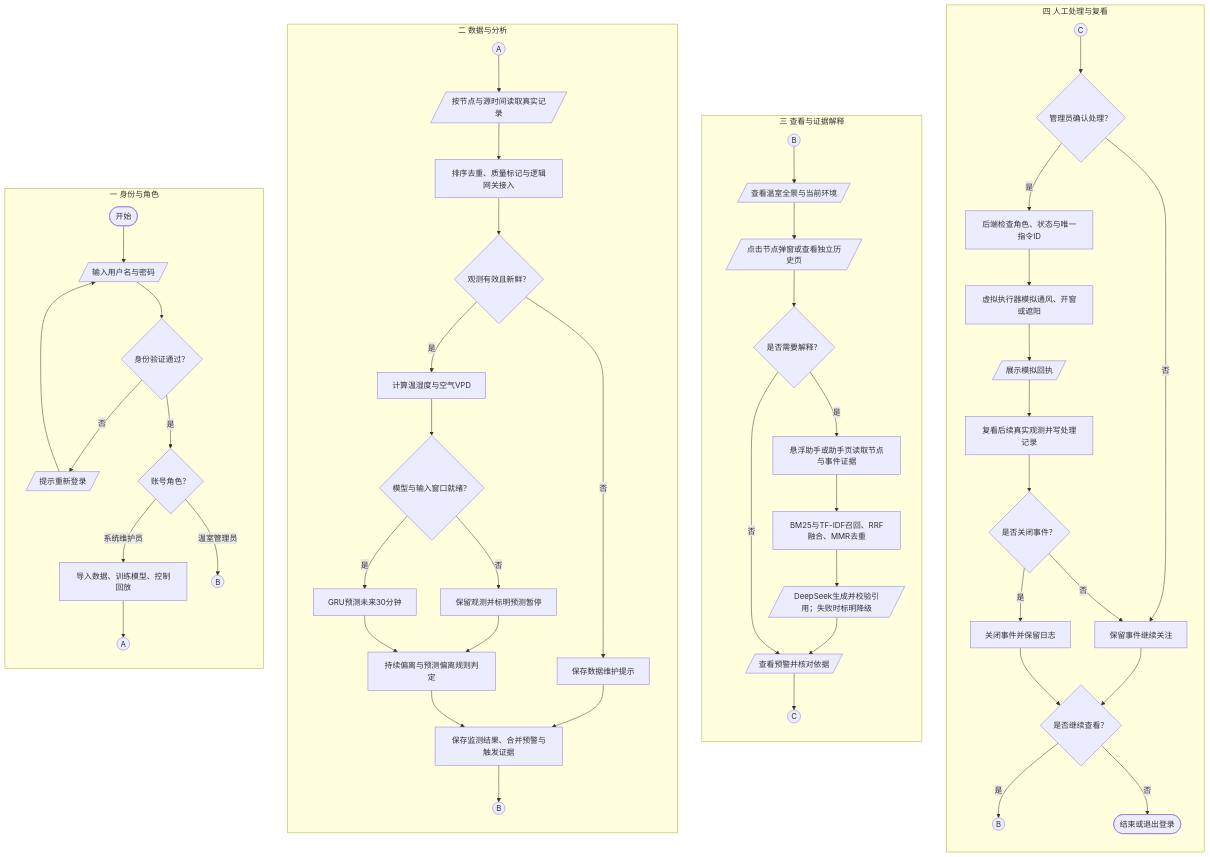
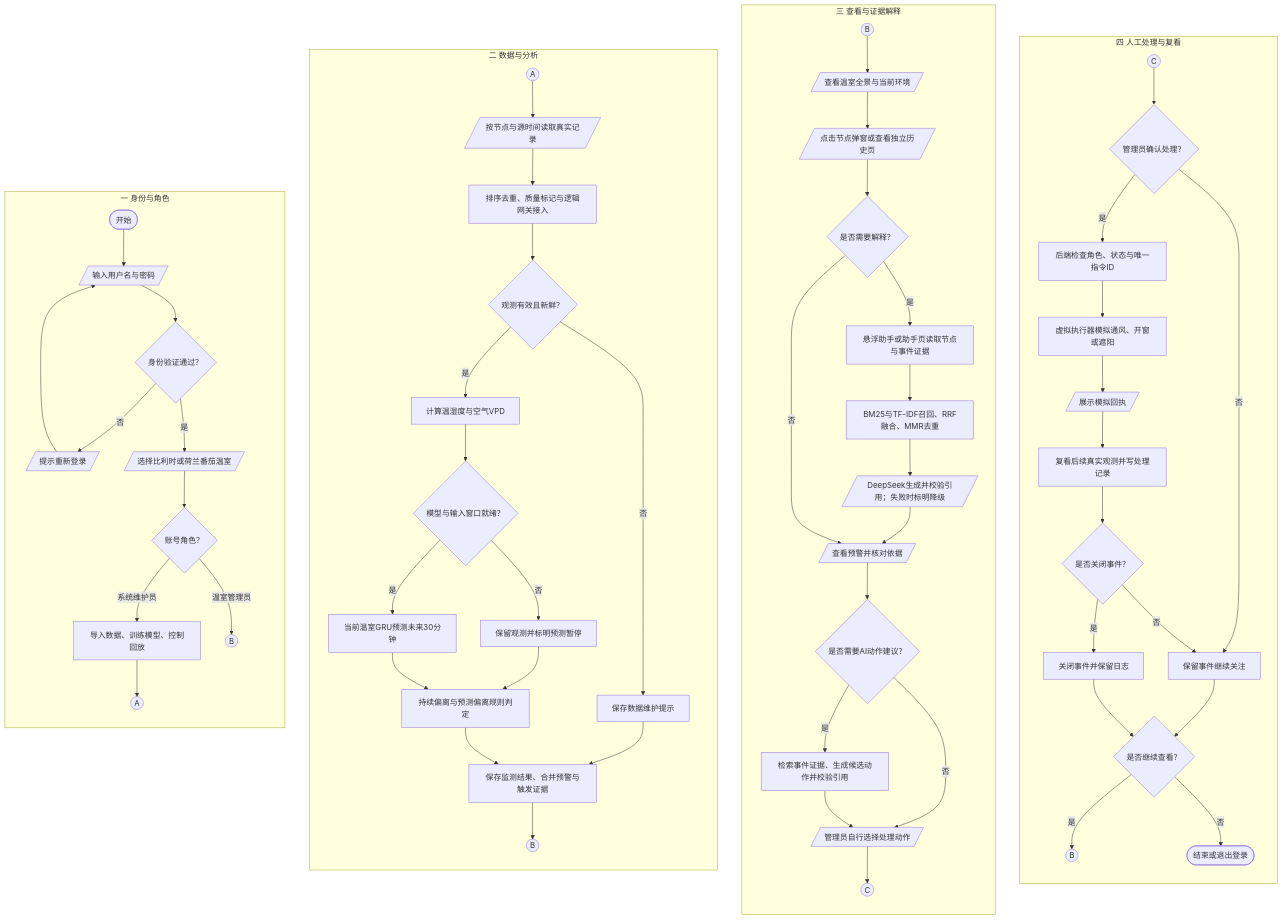
The diagram in docs/diagrams/01-业务流程图.mmd (zhouwei20030121-no1/Tomato-Greenhouse-Environmental-Monitoring-and-Intelligent-Early-Warning-Platform), drawn with Mermaid before and after one commit. The commit also changed 25 other files, not shown here.

```diff
--- a/docs/diagrams/01-业务流程图.mmd
+++ b/docs/diagrams/01-业务流程图.mmd
@@ -1,57 +1,62 @@
 flowchart LR
  subgraph ACCESS[一 身份与角色]
  direction TB
  S([开始]) --> LOGIN[/输入用户名与密码/]
  LOGIN --> AUTH{身份验证通过？}
  AUTH -- 否 --> REJECT[/提示重新登录/]
  REJECT --> LOGIN
- AUTH -- 是 --> ROLE{账号角色？}
+ AUTH -- 是 --> SITE[/选择比利时或荷兰番茄温室/]
+ SITE --> ROLE{账号角色？}
  ROLE -- 系统维护员 --> OPS[导入数据、训练模型、控制回放]
  OPS --> A1((A))
  ROLE -- 温室管理员 --> B1((B))
  end
  subgraph ANALYSIS[二 数据与分析]
  direction TB
  A2((A)) --> SOURCE[/按节点与源时间读取真实记录/]
  SOURCE --> PIPE[排序去重、质量标记与逻辑网关接入]
  PIPE --> VALID{观测有效且新鲜？}
  VALID -- 否 --> QUALITY[保存数据维护提示]
  VALID -- 是 --> VPD[计算温湿度与空气VPD]
  VPD --> READY{模型与输入窗口就绪？}
- READY -- 是 --> GRU[GRU预测未来30分钟]
+ READY -- 是 --> GRU[当前温室GRU预测未来30分钟]
  READY -- 否 --> PAUSE[保留观测并标明预测暂停]
  GRU --> RULE[持续偏离与预测偏离规则判定]
  PAUSE --> RULE
  RULE --> SAVE[保存监测结果、合并预警与触发证据]
  QUALITY --> SAVE
  SAVE --> B2((B))
  end
  subgraph INTERACTION[三 查看与证据解释]
  direction TB
  B3((B)) --> HOME[/查看温室全景与当前环境/]
  HOME --> NODE[/点击节点弹窗或查看独立历史页/]
  NODE --> ASK{是否需要解释？}
  ASK -- 是 --> RETRIEVE[悬浮助手或助手页读取节点与事件证据]
  RETRIEVE --> RAG[BM25与TF-IDF召回、RRF融合、MMR去重]
  RAG --> ANSWER[/DeepSeek生成并校验引用；失败时标明降级/]
  ASK -- 否 --> REVIEW[/查看预警并核对依据/]
  ANSWER --> REVIEW
- REVIEW --> C1((C))
+ REVIEW --> ADVICE{是否需要AI动作建议？}
+ ADVICE -- 是 --> OPTIONS[检索事件证据、生成候选动作并校验引用]
+ OPTIONS --> SELECT[/管理员自行选择处理动作/]
+ ADVICE -- 否 --> SELECT
+ SELECT --> C1((C))
  end
  subgraph EXECUTION[四 人工处理与复看]
  direction TB
  C2((C)) --> CONFIRM{管理员确认处理？}
  CONFIRM -- 是 --> CHECK[后端检查角色、状态与唯一指令ID]
  CHECK --> ACTION[虚拟执行器模拟通风、开窗或遮阳]
  ACTION --> ACK[/展示模拟回执/]
  ACK --> FOLLOW[复看后续真实观测并写处理记录]
  FOLLOW --> CLOSE{是否关闭事件？}
  CLOSE -- 是 --> CLOSED[关闭事件并保留日志]
  CLOSE -- 否 --> KEEP[保留事件继续关注]
  CONFIRM -- 否 --> KEEP
  CLOSED --> CONTINUE{是否继续查看？}
  KEEP --> CONTINUE
  CONTINUE -- 是 --> B4((B))
  CONTINUE -- 否 --> E([结束或退出登录])
  end
  ACCESS ~~~ ANALYSIS ~~~ INTERACTION ~~~ EXECUTION
```
